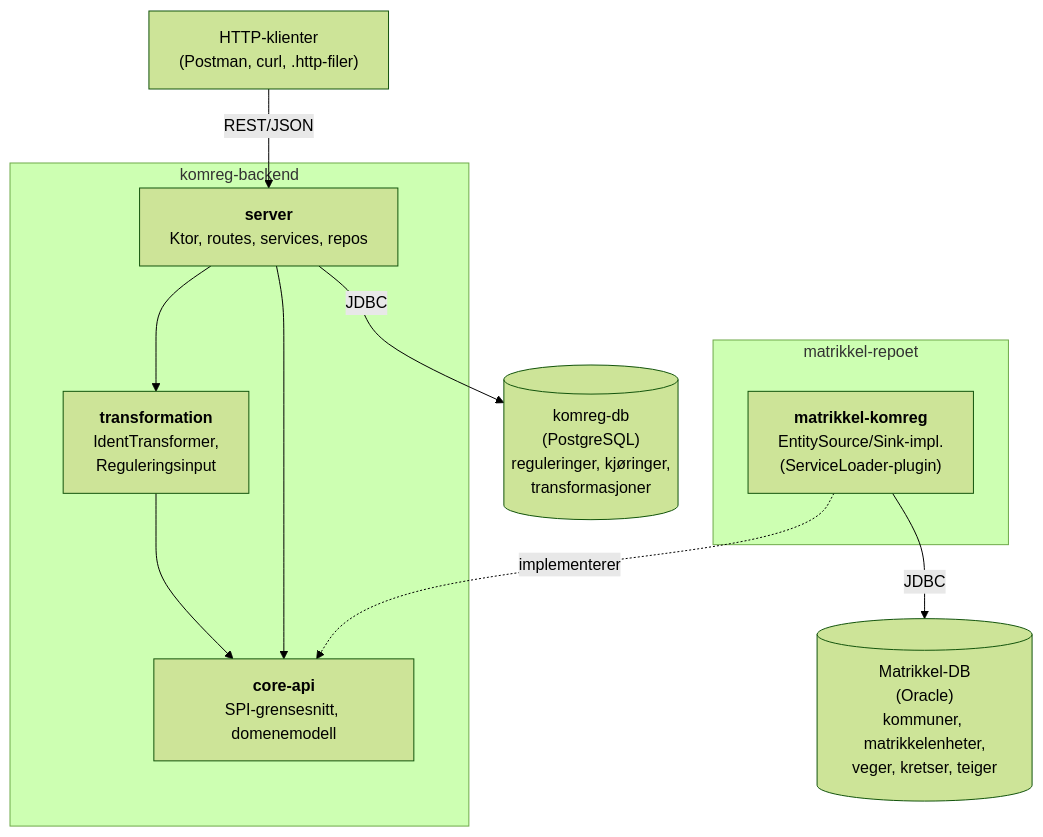
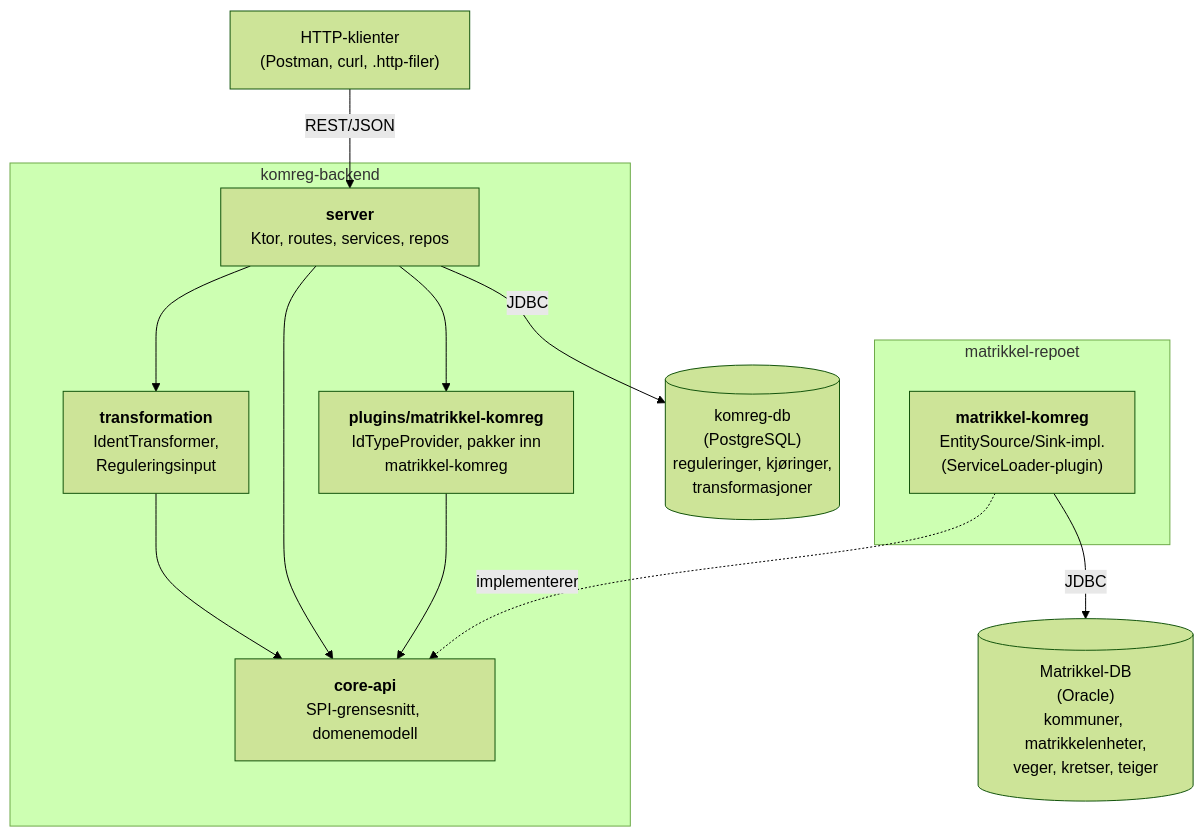
One commit to kartverket/komreg-backend changed the second of 5 diagrams in docs/arkitektur.md. Above: the diagram before and after it, drawn with Mermaid (forest theme). The commit also changed other lines of this file and 9 other files, not shown here.

Commit message:
Legg til IdTypeProvider og modul for matrikkel-komreg

````diff
--- a/docs/arkitektur.md
+++ b/docs/arkitektur.md
@@ -44,26 +44,29 @@
 ```mermaid
 graph TB
     klient["HTTP-klienter<br/>(Postman, curl, .http-filer)"]
 
     subgraph backend["komreg-backend"]
         server["<b>server</b><br/>Ktor, routes, services, repos"]
         transformation["<b>transformation</b><br/>IdentTransformer,<br/>Reguleringsinput"]
+        pluginmodul["<b>plugins/matrikkel-komreg</b><br/>IdTypeProvider, pakker inn<br/>matrikkel-komreg"]
         coreapi["<b>core-api</b><br/>SPI-grensesnitt, domenemodell"]
 
         server --> transformation
         transformation --> coreapi
         server --> coreapi
+        server --> pluginmodul
+        pluginmodul --> coreapi
     end
 
     subgraph matrikkel["matrikkel-repoet"]
         matrikkelkomreg["<b>matrikkel-komreg</b><br/>EntitySource/Sink-impl.<br/>(ServiceLoader-plugin)"]
     end
 
     komregdb[("komreg-db<br/>(PostgreSQL)<br/>reguleringer, kjøringer,<br/>transformasjoner")]
     matrikkeldb[("Matrikkel-DB<br/>(Oracle)<br/>kommuner, matrikkelenheter,<br/>veger, kretser, teiger")]
 
     klient -->|"REST/JSON"| server
     matrikkelkomreg -.->|"implementerer"| coreapi
     server -->|"JDBC"| komregdb
     matrikkelkomreg -->|"JDBC"| matrikkeldb
 ```
````
